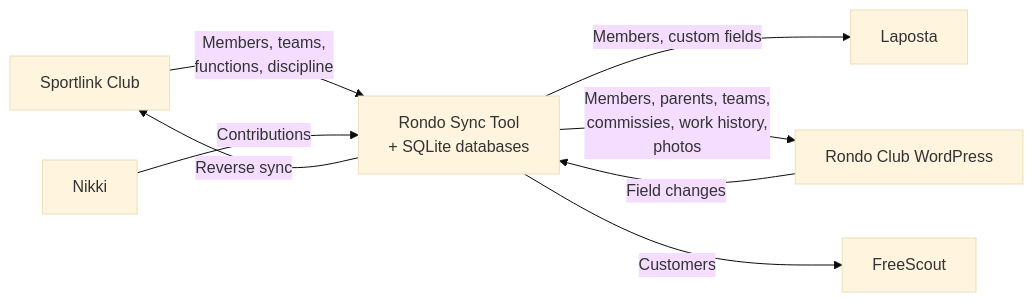
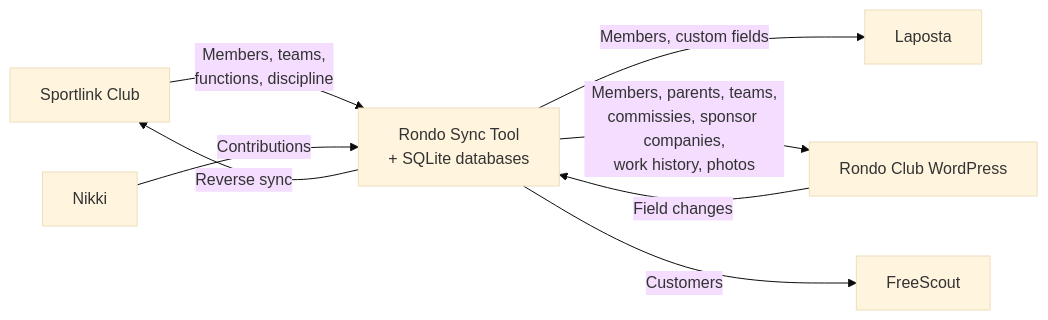
The first of 8 diagrams in docs/sync-architecture.md (RondoHQ/rondo-sync), drawn with Mermaid (base theme) before and after one commit. The commit also changed other lines of this file and 13 other files, not shown here.

Commit message:
feat: Sync Sponsit sponsor companies and relations

````diff
--- a/docs/sync-architecture.md
+++ b/docs/sync-architecture.md
@@ -25,17 +26,17 @@
 ```mermaid
 graph LR
     SL[Sportlink Club]
     NK[Nikki]
     SYNC[Rondo Sync Tool<br>+ SQLite databases]
     ST[Rondo Club WordPress]
     LP[Laposta]
     FS[FreeScout]
 
     SL -->|Members, teams,<br>functions, discipline| SYNC
     NK -->|Contributions| SYNC
     SYNC -->|Members, custom fields| LP
-    SYNC -->|Members, parents, teams,<br>commissies, work history,<br>photos| ST
+    SYNC -->|Members, parents, teams,<br>commissies, sponsor companies,<br>work history, photos| ST
     SYNC -->|Customers| FS
     ST -->|Field changes| SYNC
     SYNC -->|Reverse sync| SL
 ```
````
